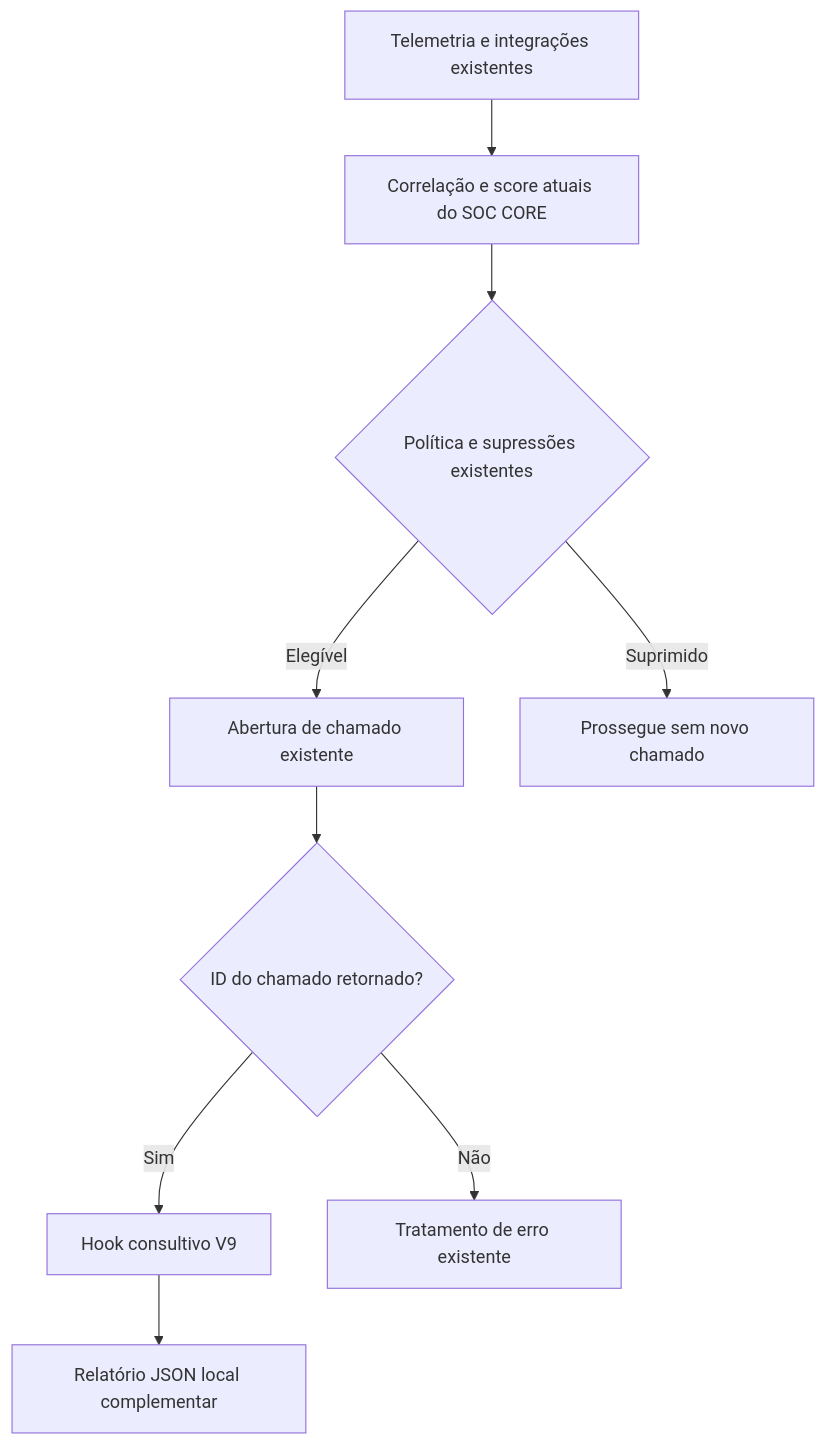
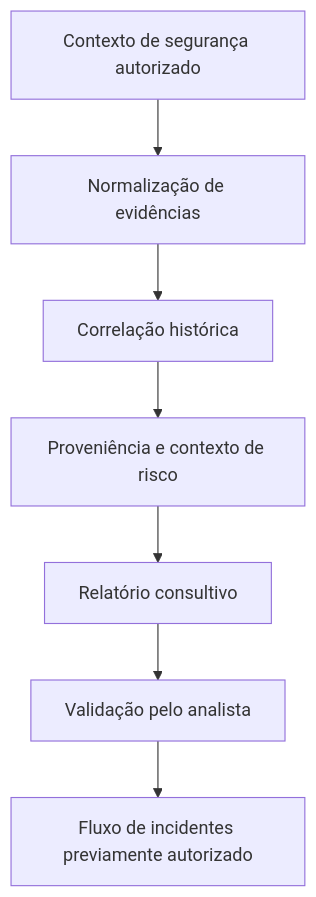
The diagram in docs/soar-investigation-v1-v9.pt-BR.md (danilovida/SOC-CORE), drawn with Mermaid before and after one commit. The commit also changed other lines of this file, not shown here.

````diff
--- a/docs/soar-investigation-v1-v9.pt-BR.md
+++ b/docs/soar-investigation-v1-v9.pt-BR.md
@@ -28,11 +29,9 @@
 ```mermaid
 flowchart TD
-    A[Telemetria e integrações existentes] --> B[Correlação e score atuais do SOC CORE]
-    B --> C{Política e supressões existentes}
-    C -->|Elegível| D[Abertura de chamado existente]
-    C -->|Suprimido| E[Prossegue sem novo chamado]
-    D --> F{ID do chamado retornado?}
-    F -->|Sim| G[Hook consultivo V9]
-    F -->|Não| H[Tratamento de erro existente]
-    G --> I[Relatório JSON local complementar]
+    A[Contexto de segurança autorizado] --> B[Normalização de evidências]
+    B --> C[Correlação histórica]
+    C --> D[Proveniência e contexto de risco]
+    D --> E[Relatório consultivo]
+    E --> F[Validação pelo analista]
+    F --> G[Fluxo de incidentes previamente autorizado]
 ```
````
